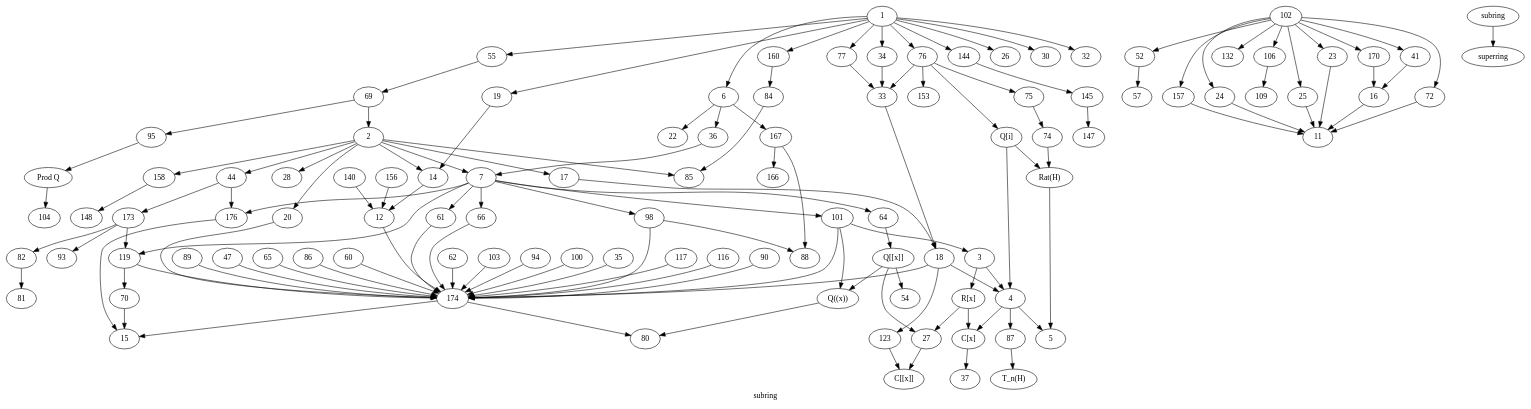
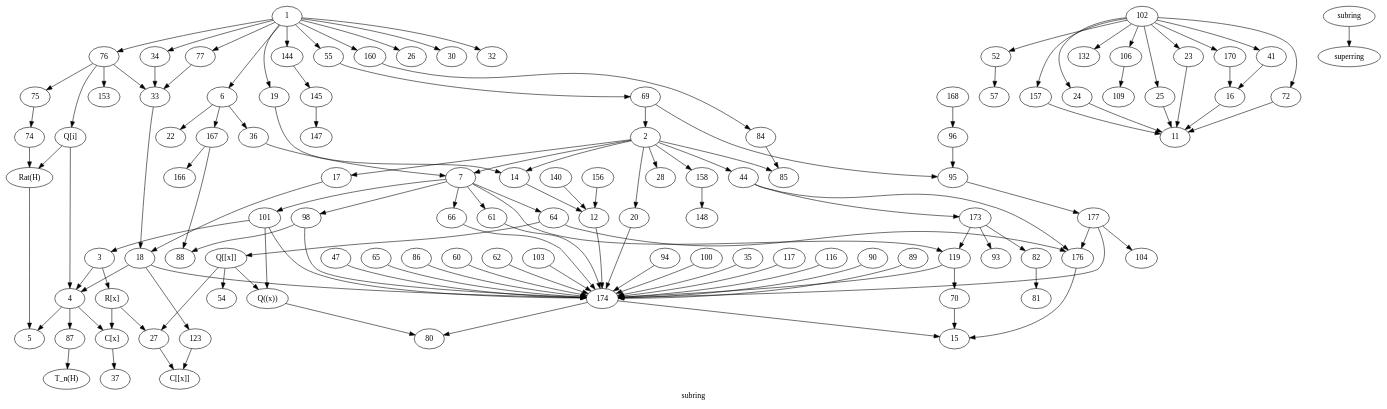
One commit to rschwiebert/dart_data changed the diagram in map_dotfiles/subring.dot. Above: the diagram before and after it, drawn with Graphviz. The commit also changed 16 other files, not shown here.

```diff
--- a/map_dotfiles/subring.dot
+++ b/map_dotfiles/subring.dot
@@ -141,7 +141,10 @@
   100 -> 174;
   35 -> 174;
   33 -> 18;
-  7-> 176;
+//   7 -> 176;
+  64 -> 176;
+  177 -> 104;
+  95 -> 177;
 
 
   // Proposed
@@ -202,8 +205,7 @@
 
 
   87 -> "T_n(H)";
-  95 -> "\Prod Q";
-  "\Prod Q" -> 104;
+
   // 130 embeds in the product ring C^[0,1]
 
   // not sure if 69 -> 160 when specialized to p=2
@@ -212,5 +214,11 @@
     // 81 -> 80;  ????? Don't recall this one: not sure where it came from
 
 
+  177 -> 176;
+  177 -> 174;
+//   168 -> 177;
+//   168 -> 95;
+  96 -> 95;
+  168 -> 96;
 
 }
```
